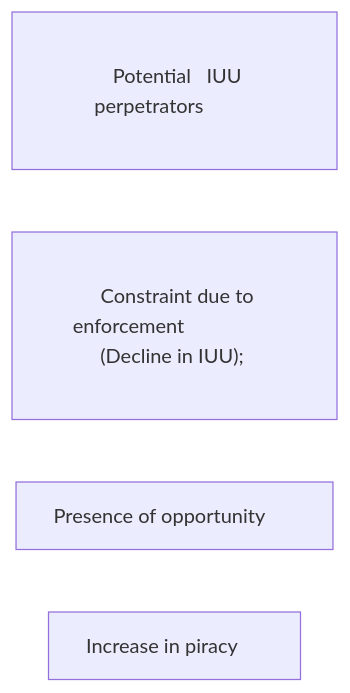
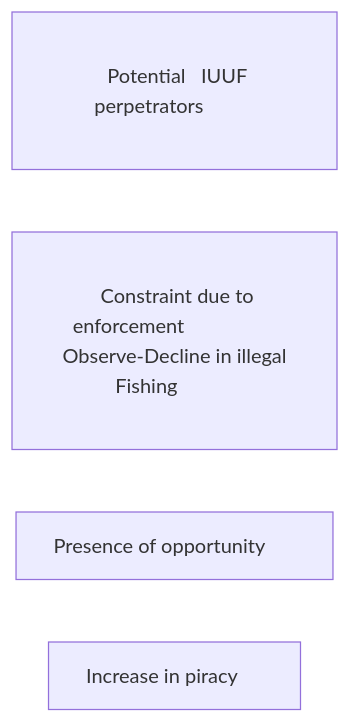
The diagram in index.qmd (polsechub/research_presentations), drawn with Mermaid before and after one commit. The commit also changed other lines of this file and 2 other files, not shown here.

````diff
--- a/index.qmd
+++ b/index.qmd
@@ -35,11 +36,11 @@
 ```{mermaid}
 %%| fig-width: 3.0
 %%|position: 'center'
 graph TD
-  A["<br/>  Potential   IUU perpetrators&nbsp&nbsp&nbsp&nbsp&nbsp&nbsp&nbsp&nbsp;  <br/> #160;"]-->B["<br/>  Constraint due to enforcement          &nbsp&nbsp&nbsp&nbsp&nbsp&nbsp&nbsp; <br/> (Decline in IUU);  <br/> #160;"]
+  A["<br/>  Potential   IUUF perpetrators&nbsp&nbsp&nbsp&nbsp&nbsp&nbsp&nbsp&nbsp;  <br/> #160;"]-->B["<br/>  Constraint due to enforcement          &nbsp&nbsp&nbsp&nbsp&nbsp&nbsp&nbsp; <br/> Observe-Decline in illegal Fishing &nbsp&nbsp&nbsp&nbsp&nbsp&nbsp&nbsp&nbsp;  <br/> #160;"]
   B-->C["Presence of opportunity&nbsp&nbsp&nbsp&nbsp&nbsp&nbsp; "]
   C-->D["Increase in piracy&nbsp&nbsp&nbsp&nbsp&nbsp;"]
   
 linkStyle default stroke:white,stroke-width:4px,color:white;
 
 ```
````
